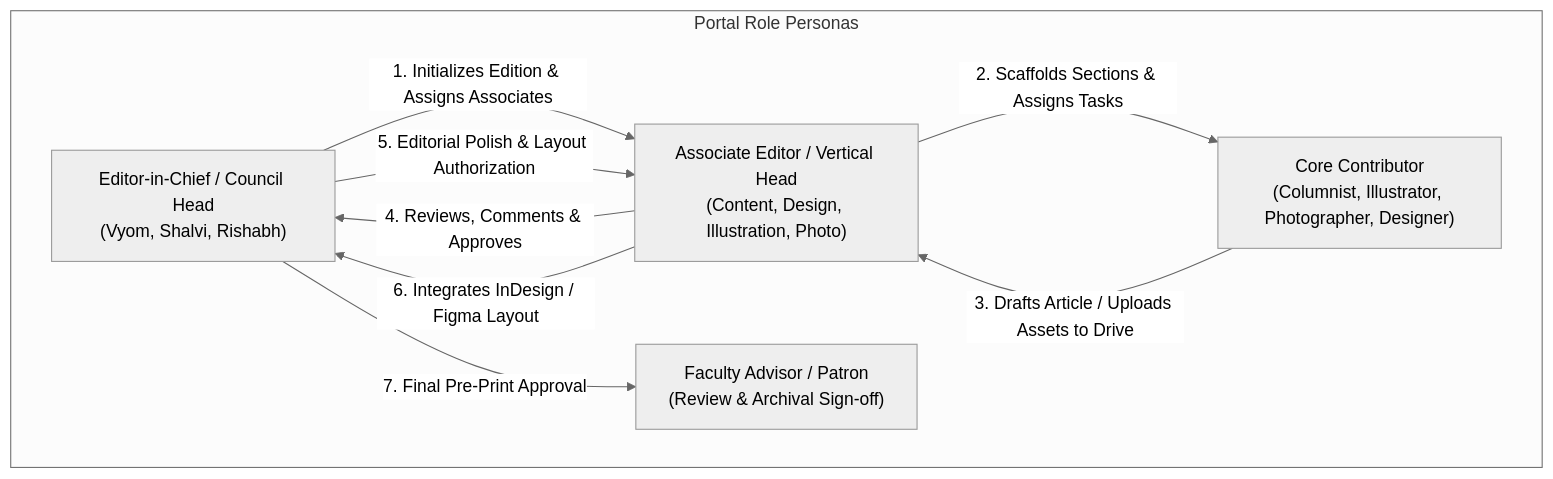
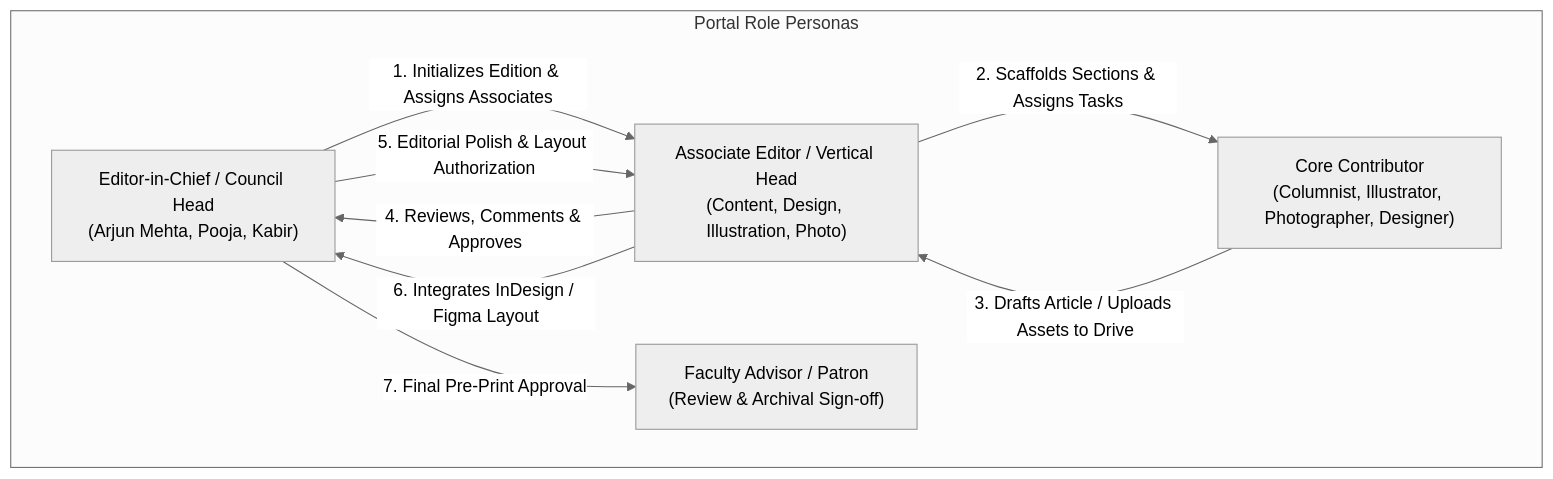
One commit to ShubhiDixit09/times-ag changed the first of 4 diagrams in ARCHITECTURE_AND_USER_FLOW.md. Above: the diagram before and after it, drawn with Mermaid (neutral theme). The commit also changed other lines of this file and 4 other files, not shown here.

````diff
--- a/ARCHITECTURE_AND_USER_FLOW.md
+++ b/ARCHITECTURE_AND_USER_FLOW.md
@@ -40,17 +40,17 @@
 ```mermaid
 flowchart TD
     subgraph Roles ["Portal Role Personas"]
-        EIC["Editor-in-Chief / Council Head<br/>(Vyom, Shalvi, Rishabh)"]
+        EIC["Editor-in-Chief / Council Head<br/>(Arjun Mehta, Pooja, Kabir)"]
         ASSOC["Associate Editor / Vertical Head<br/>(Content, Design, Illustration, Photo)"]
         CORE["Core Contributor<br/>(Columnist, Illustrator, Photographer, Designer)"]
         ADVISOR["Faculty Advisor / Patron<br/>(Review & Archival Sign-off)"]
     end
 
     EIC -->|"1. Initializes Edition & Assigns Associates"| ASSOC
     ASSOC -->|"2. Scaffolds Sections & Assigns Tasks"| CORE
     CORE -->|"3. Drafts Article / Uploads Assets to Drive"| ASSOC
     ASSOC -->|"4. Reviews, Comments & Approves"| EIC
     EIC -->|"5. Editorial Polish & Layout Authorization"| ASSOC
     ASSOC -->|"6. Integrates InDesign / Figma Layout"| EIC
     EIC -->|"7. Final Pre-Print Approval"| ADVISOR
 ```
````
